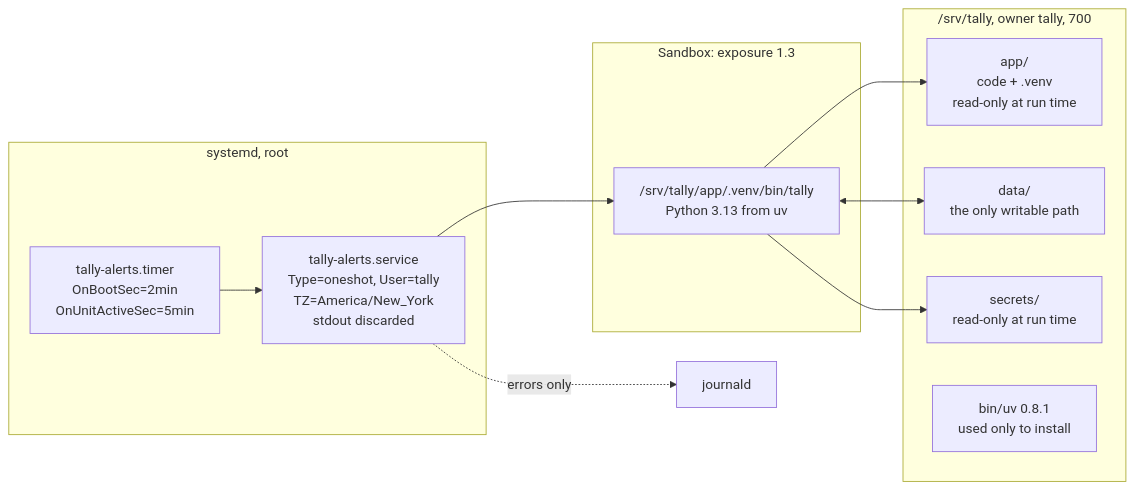
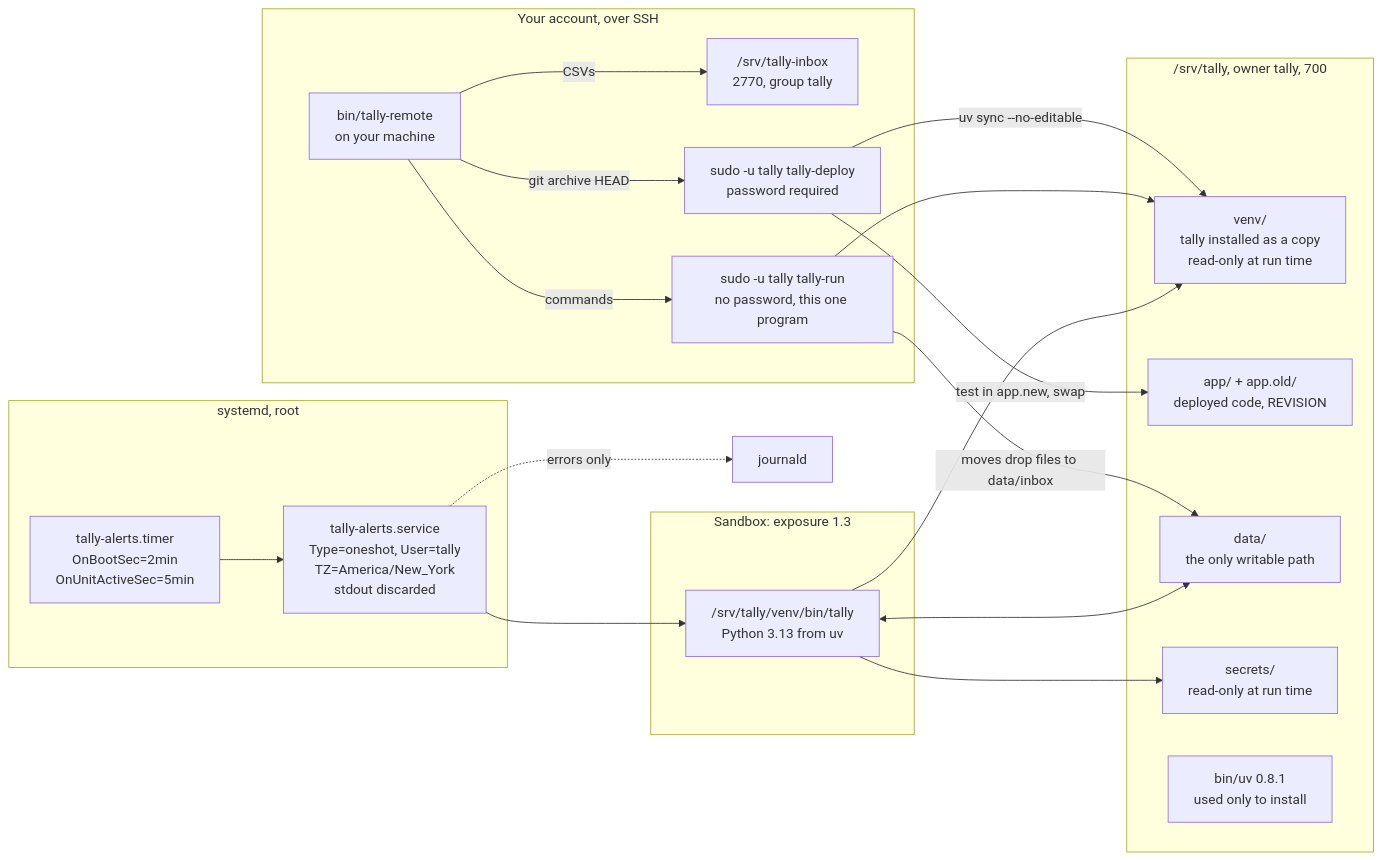
Before and after one commit to vmenon04/tally: the sixth of 6 diagrams in docs/architecture.md, drawn with Mermaid. The commit also changed other lines of this file and 8 other files, not shown here.

Commit message:
Run tally on the server from the Mac: tally-remote, tally-run, tested deploys

````diff
--- a/docs/architecture.md
+++ b/docs/architecture.md
@@ -273,24 +273,40 @@
 ```mermaid
 flowchart LR
     subgraph systemd["systemd, root"]
         timer["tally-alerts.timer<br/>OnBootSec=2min<br/>OnUnitActiveSec=5min"]
         service["tally-alerts.service<br/>Type=oneshot, User=tally<br/>TZ=America/New_York<br/>stdout discarded"]
     end
 
     subgraph sandbox["Sandbox: exposure 1.3"]
-        bin["/srv/tally/app/.venv/bin/tally<br/>Python 3.13 from uv"]
+        bin["/srv/tally/venv/bin/tally<br/>Python 3.13 from uv"]
     end
 
     subgraph fs["/srv/tally, owner tally, 700"]
-        app["app/<br/>code + .venv<br/>read-only at run time"]
+        venv["venv/<br/>tally installed as a copy<br/>read-only at run time"]
+        app["app/ + app.old/<br/>deployed code, REVISION"]
         datadir["data/<br/>the only writable path"]
         secretsdir["secrets/<br/>read-only at run time"]
         uv["bin/uv 0.8.1<br/>used only to install"]
     end
 
+    subgraph you["Your account, over SSH"]
+        remote["bin/tally-remote<br/>on your machine"]
+        drop["/srv/tally-inbox<br/>2770, group tally"]
+        run["sudo -u tally tally-run<br/>no password, this one program"]
+        deploy["sudo -u tally tally-deploy<br/>password required"]
+    end
+
     timer --> service --> bin
-    bin --> app
+    bin --> venv
     bin <--> datadir
     bin --> secretsdir
     service -. "errors only" .-> journal["journald"]
+
+    remote -- "CSVs" --> drop
+    remote -- "commands" --> run
+    remote -- "git archive HEAD" --> deploy
+    run -- "moves drop files to data/inbox" --> datadir
+    run --> venv
+    deploy -- "test in app.new, swap" --> app
+    deploy -- "uv sync --no-editable" --> venv
 ```
````
